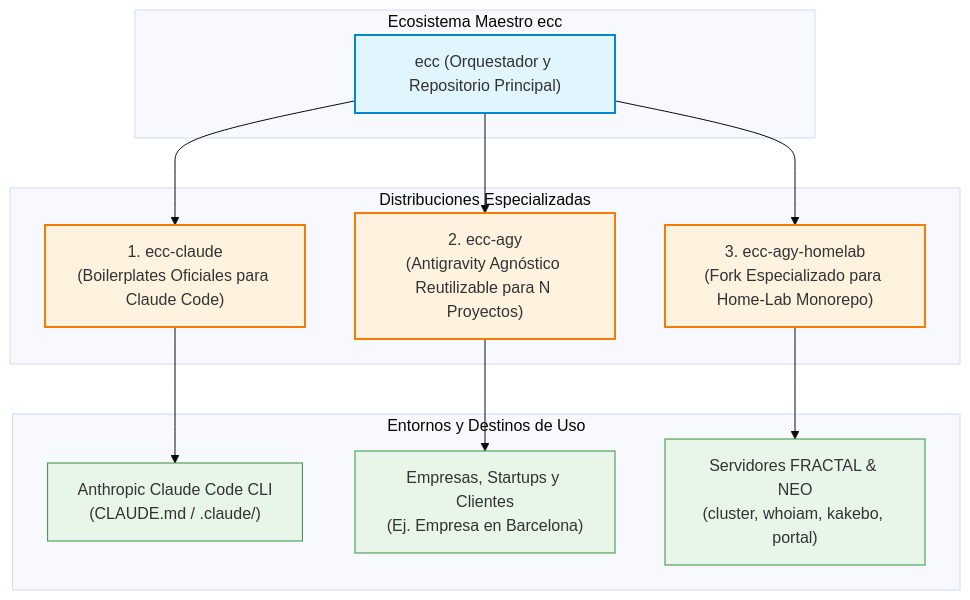
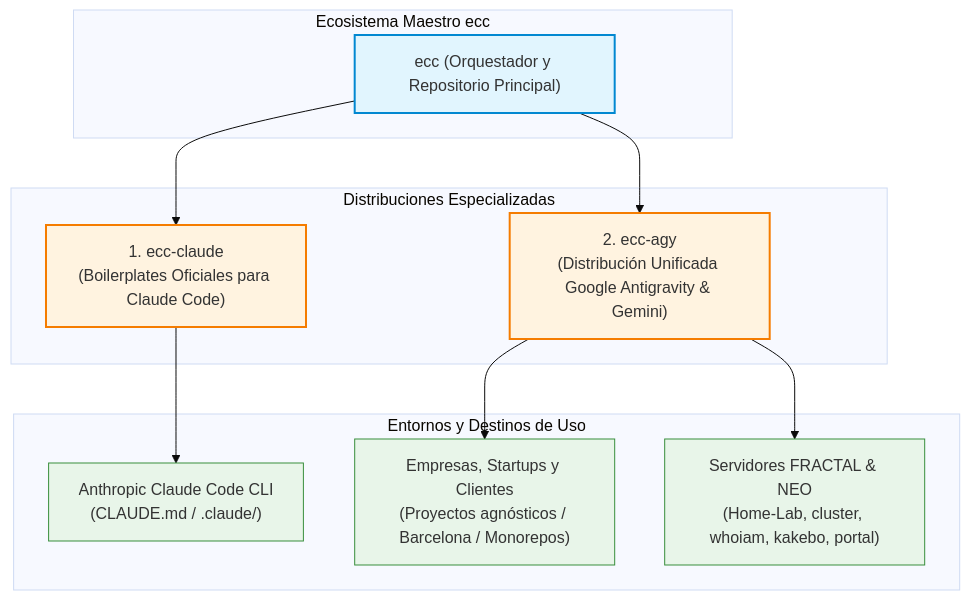
Before and after one commit to ACB75/ecc: the diagram in README.md, drawn with Mermaid (base theme). The commit also changed other lines of this file and 915 other files, not shown here.

First line of the commit message:
[refactor]-[ecc,ecc-agy]: merge ecc-agy-homelab into ecc-agy and prune redundant distribution

````diff
--- a/README.md
+++ b/README.md
@@ -12,34 +12,32 @@
 ```mermaid
 flowchart TD
     subgraph Core["Ecosistema Maestro ecc"]
         Root["ecc (Orquestador y Repositorio Principal)"]
     end
 
     subgraph Flavors["Distribuciones Especializadas"]
         Claude["1. ecc-claude<br/>(Boilerplates Oficiales para Claude Code)"]
-        AGY["2. ecc-agy<br/>(Antigravity Agnóstico Reutilizable para N Proyectos)"]
-        HomeLab["3. ecc-agy-homelab<br/>(Fork Especializado para Home-Lab Monorepo)"]
+        AGY["2. ecc-agy<br/>(Distribución Unificada Google Antigravity & Gemini)"]
     end
 
     subgraph Targets["Entornos y Destinos de Uso"]
         TargetClaude["Anthropic Claude Code CLI<br/>(CLAUDE.md / .claude/)"]
-        TargetCorp["Empresas, Startups y Clientes<br/>(Ej. Empresa en Barcelona)"]
-        TargetHomeLab["Servidores FRACTAL & NEO<br/>(cluster, whoiam, kakebo, portal)"]
+        TargetCorp["Empresas, Startups y Clientes<br/>(Proyectos agnósticos / Barcelona / Monorepos)"]
+        TargetHomeLab["Servidores FRACTAL & NEO<br/>(Home-Lab, cluster, whoiam, kakebo, portal)"]
     end
 
     Root --> Claude
     Root --> AGY
-    Root --> HomeLab
 
     Claude --> TargetClaude
     AGY --> TargetCorp
-    HomeLab --> TargetHomeLab
+    AGY --> TargetHomeLab
 
     classDef core fill:#e1f5fe,stroke:#0288d1,stroke-width:2px;
     classDef flavor fill:#fff3e0,stroke:#f57c00,stroke-width:2px;
     classDef target fill:#e8f5e9,stroke:#388e3c,stroke-width:1px;
 
     class Root core;
-    class Claude,AGY,HomeLab flavor;
+    class Claude,AGY flavor;
     class TargetClaude,TargetCorp,TargetHomeLab target;
 ```
````
